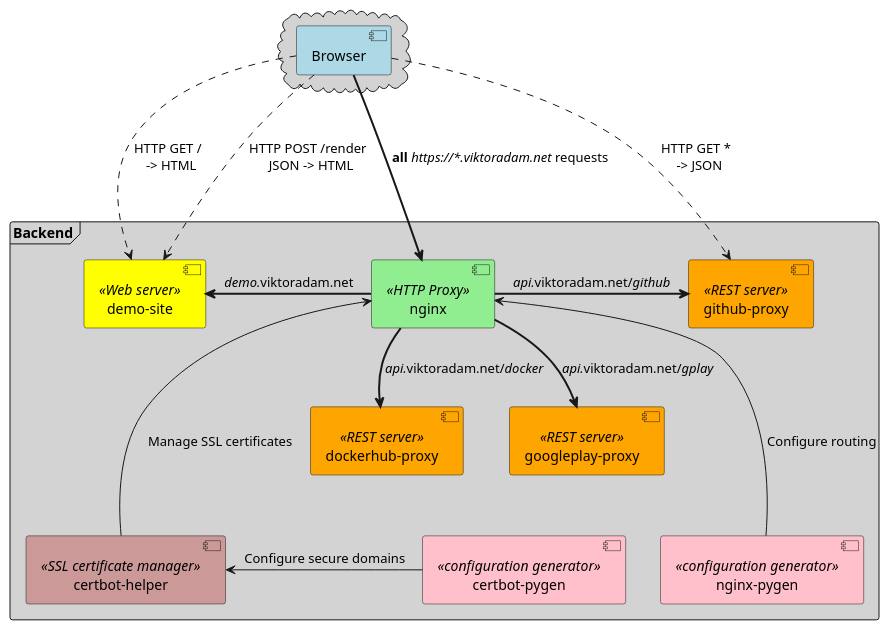
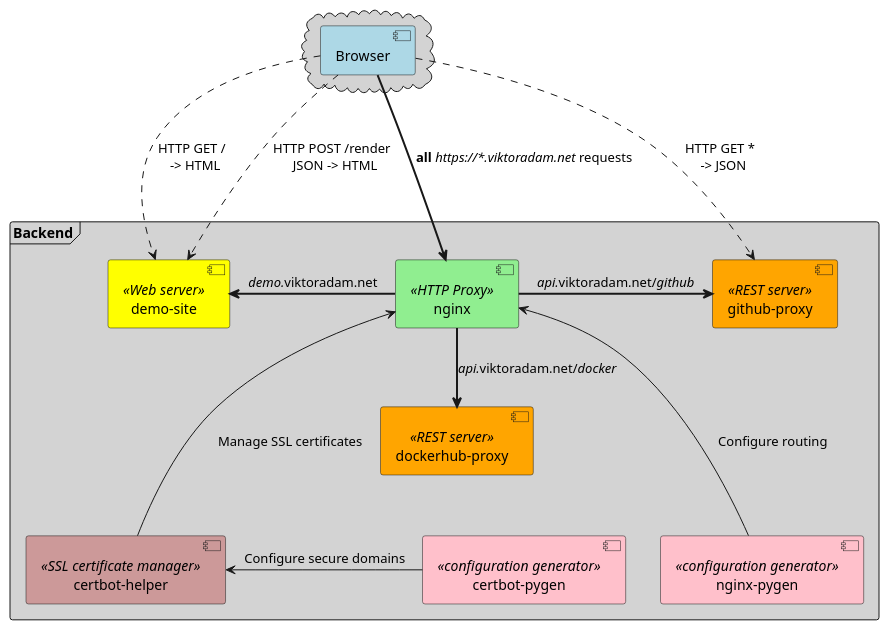
Before and after one commit to rycus86/demo-site: the diagram in src/assets/puml/overview.puml, drawn with PlantUML. The commit also changed 11 other files, not shown here.

```diff
--- a/src/assets/puml/overview.puml
+++ b/src/assets/puml/overview.puml
@@ -1,34 +1,32 @@
 @startuml
 
 cloud #LightGrey {
     [Browser] #LightBlue
 }
 
 frame Backend #LightGrey {
     [nginx] << HTTP Proxy >> #LightGreen
     [demo-site] << Web server >> #Yellow
     [github-proxy] << REST server >> #Orange
     [dockerhub-proxy] << REST server >> #Orange
-    [googleplay-proxy] << REST server >> #Orange
     
     [nginx-pygen] << configuration generator >> #Pink
     [certbot-pygen] << configuration generator >> #Pink
     [certbot-helper] << SSL certificate manager >> #c99
 }
 
 [Browser] =d=> [nginx] : <b>all</b> <i>https://*.viktoradam.net</i> requests
 
 [nginx] =l=> [demo-site] : <i>demo.</i>viktoradam.net
 [nginx] =r=> [github-proxy] : <i>api.</i>viktoradam.net/<i>github</i>
 [nginx] =d=> [dockerhub-proxy] : <i>api.</i>viktoradam.net/<i>docker</i>
-[nginx] =d=> [googleplay-proxy] : <i>api.</i>viktoradam.net/<i>gplay</i>
 
 [nginx-pygen] --u-> [nginx] : Configure routing
 [certbot-helper] --u-> [nginx] : Manage SSL certificates
 [certbot-pygen] -l-> [certbot-helper] : Configure secure domains
 
 [Browser] ..d.> [demo-site] : HTTP GET / \n -> HTML
 [Browser] ..d.> [demo-site] : HTTP POST /render \n JSON -> HTML
 [Browser] ..d.> [github-proxy] : HTTP GET * \n -> JSON
 
 @enduml
```
